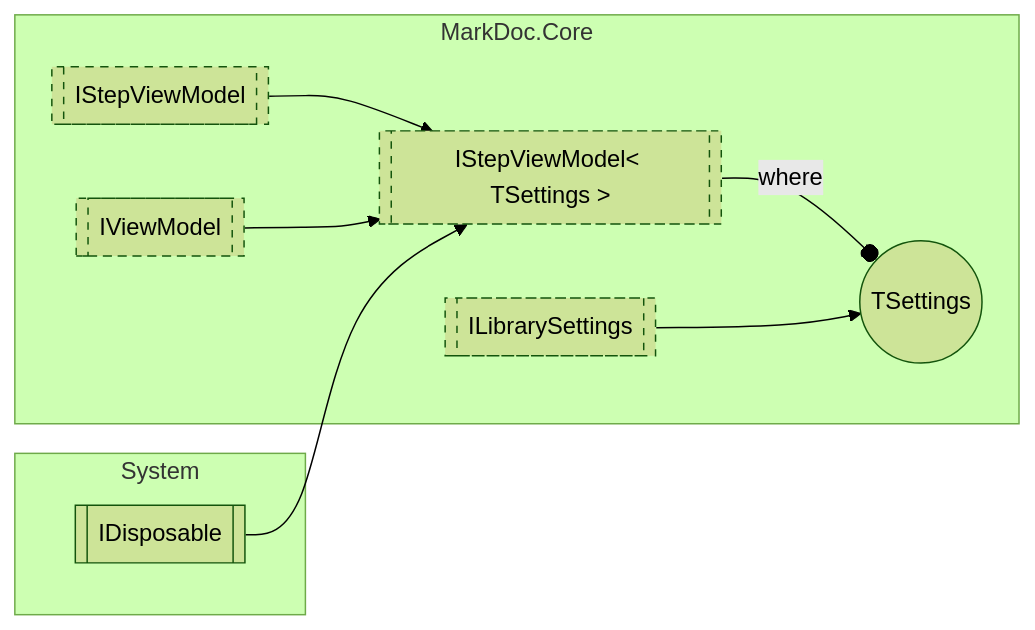
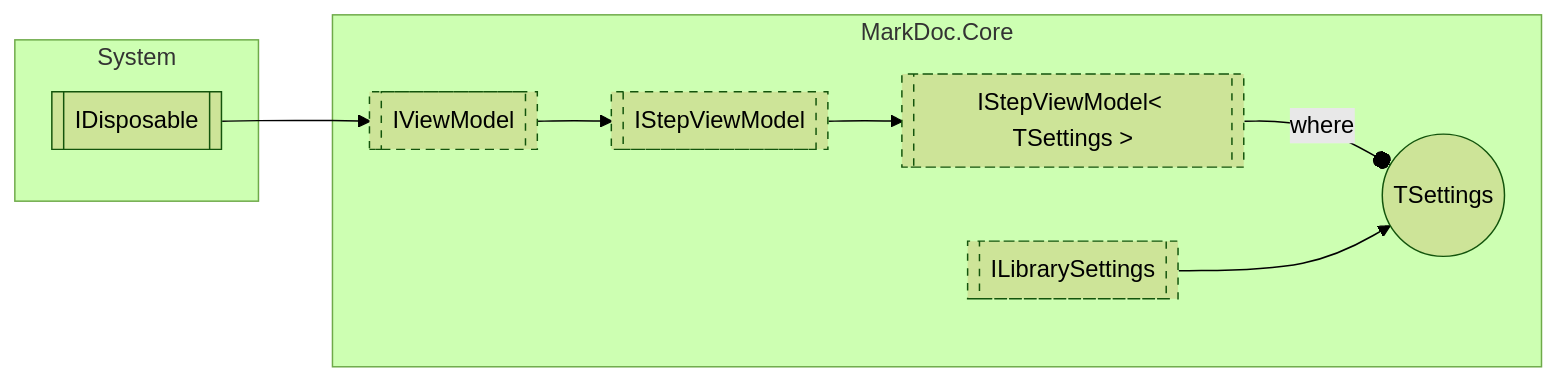
One commit to hailstorm75/ModularDoc changed the diagram in sourceWiki/markdoc/core/IStepViewModelT.md. Above: the diagram before and after it, drawn with Mermaid (forest theme). The commit also changed 20 other files, not shown here.

````diff
--- a/sourceWiki/markdoc/core/IStepViewModelT.md
+++ b/sourceWiki/markdoc/core/IStepViewModelT.md
@@ -7,25 +7,25 @@
 ```mermaid
   flowchart LR
   classDef interfaceStyle stroke-dasharray: 5 5;
   classDef abstractStyle stroke-width:4px
   subgraph MarkDoc.Core
   MarkDoc.Core.ILibrarySettings[[ILibrarySettings]]
   class MarkDoc.Core.ILibrarySettings interfaceStyle;
   MarkDoc.Core.IStepViewModel_1[[IStepViewModel< TSettings >]]
   class MarkDoc.Core.IStepViewModel_1 interfaceStyle;
   MarkDoc.Core.IStepViewModel_1TSettings((TSettings));
   MarkDoc.Core.IStepViewModel_1 -- where --o MarkDoc.Core.IStepViewModel_1TSettings
 MarkDoc.Core.ILibrarySettings --> MarkDoc.Core.IStepViewModel_1TSettings
 
   MarkDoc.Core.IStepViewModel[[IStepViewModel]]
   class MarkDoc.Core.IStepViewModel interfaceStyle;
   MarkDoc.Core.IViewModel[[IViewModel]]
   class MarkDoc.Core.IViewModel interfaceStyle;
   end
   subgraph System
 System.IDisposable[[IDisposable]]
   end
 MarkDoc.Core.IStepViewModel --> MarkDoc.Core.IStepViewModel_1
-MarkDoc.Core.IViewModel --> MarkDoc.Core.IStepViewModel_1
-System.IDisposable --> MarkDoc.Core.IStepViewModel_1
+MarkDoc.Core.IViewModel --> MarkDoc.Core.IStepViewModel
+System.IDisposable --> MarkDoc.Core.IViewModel
 ```
````
